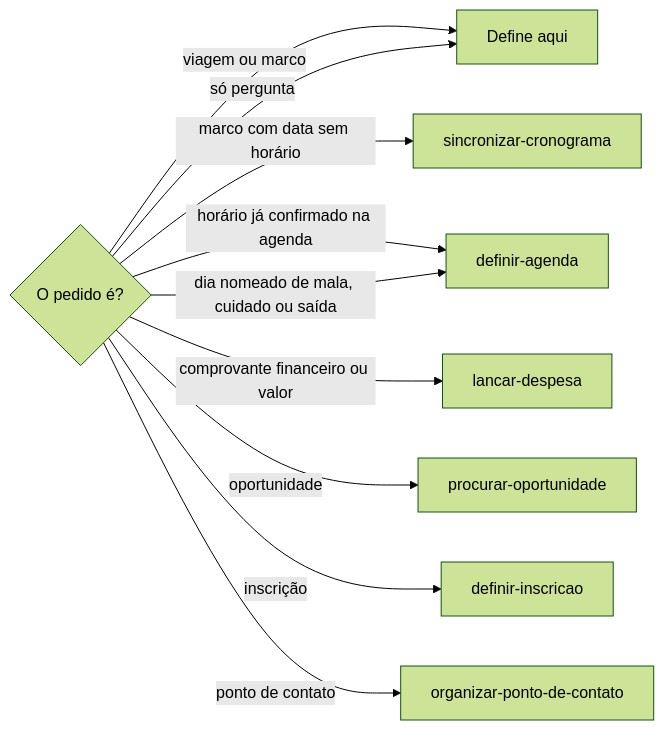
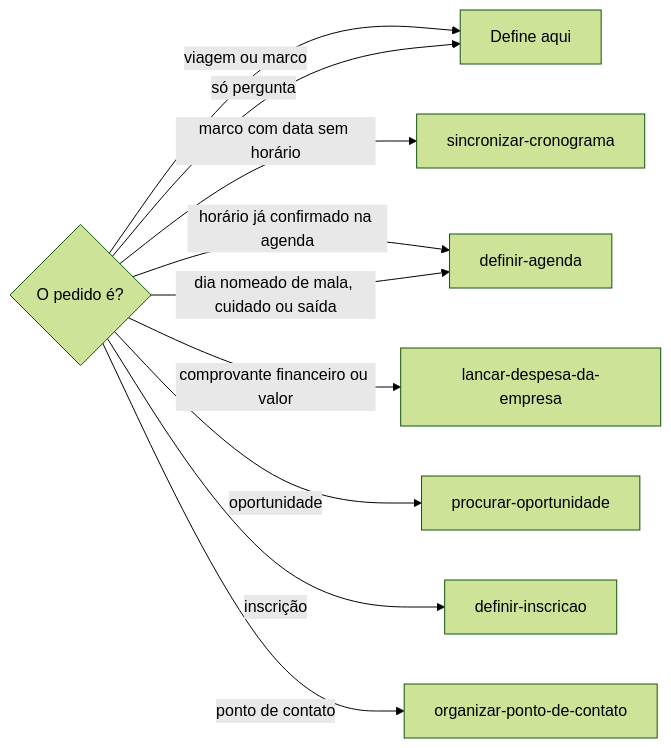
Before and after one commit to jimmyandrade/harness: the first of 13 diagrams in .agents/skills/definir-viagem/SKILL.md, drawn with Mermaid (forest theme). The commit also changed other lines of this file and 16 other files, not shown here.

First line of the commit message:
feat(lancar-despesa-da-empresa)!: name the company in the expense skill

````diff
--- a/.agents/skills/definir-viagem/SKILL.md
+++ b/.agents/skills/definir-viagem/SKILL.md
@@ -35,12 +35,12 @@
 ```mermaid
 flowchart LR
   Q{O pedido é?} -->|viagem ou marco| A[Define aqui]
   Q -->|só pergunta| A
   Q -->|marco com data sem horário| S[sincronizar-cronograma]
   Q -->|horário já confirmado na agenda| G[definir-agenda]
   Q -->|dia nomeado de mala, cuidado ou saída| G
-  Q -->|comprovante financeiro ou valor| L[lancar-despesa]
+  Q -->|comprovante financeiro ou valor| L[lancar-despesa-da-empresa]
   Q -->|oportunidade| O[procurar-oportunidade]
   Q -->|inscrição| I[definir-inscricao]
   Q -->|ponto de contato| P[organizar-ponto-de-contato]
 ```
````
